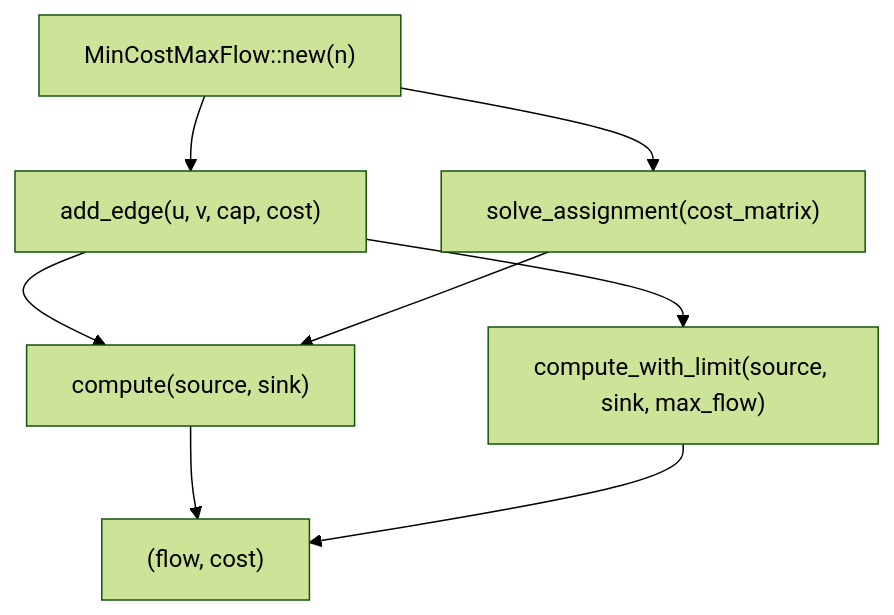
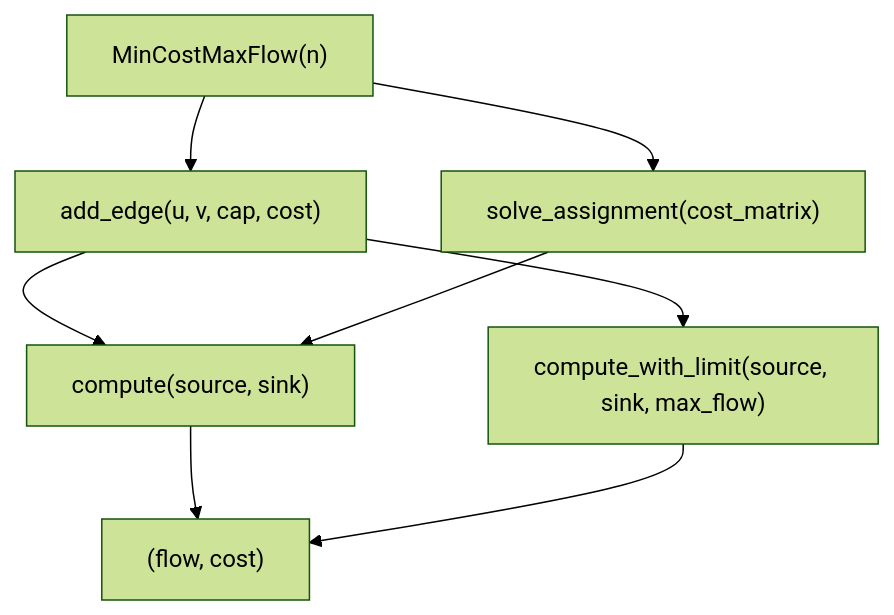
The third of 4 diagrams in lib/mcmf/README.mbt.md (moonbit-community/loop_invariants), drawn with Mermaid (forest theme) before and after one commit. The commit also changed other lines of this file and 174 other files, not shown here.

````diff
--- a/lib/mcmf/README.mbt.md
+++ b/lib/mcmf/README.mbt.md
@@ -213,10 +213,10 @@
 ```mermaid
 graph TD
-    A["MinCostMaxFlow::new(n)"] --> B["add_edge(u, v, cap, cost)"]
+    A["MinCostMaxFlow(n)"] --> B["add_edge(u, v, cap, cost)"]
     B --> C["compute(source, sink)"]
     B --> D["compute_with_limit(source, sink, max_flow)"]
     A --> E["solve_assignment(cost_matrix)"]
     E --> C
     C --> F["(flow, cost)"]
     D --> F
 ```
````
